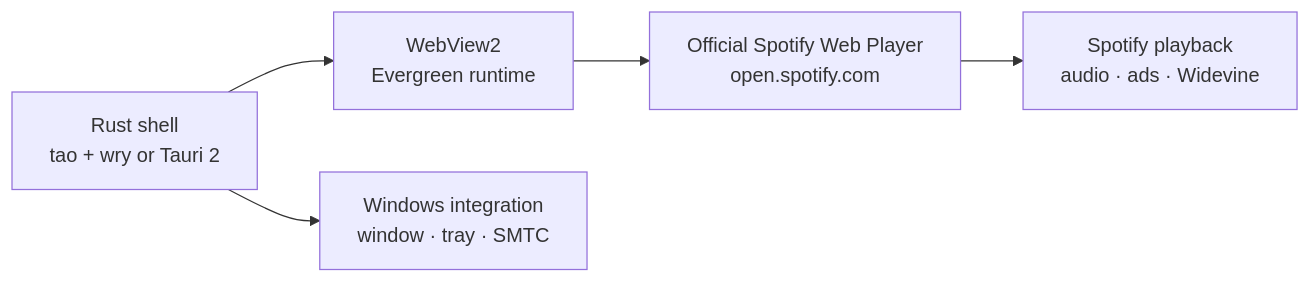
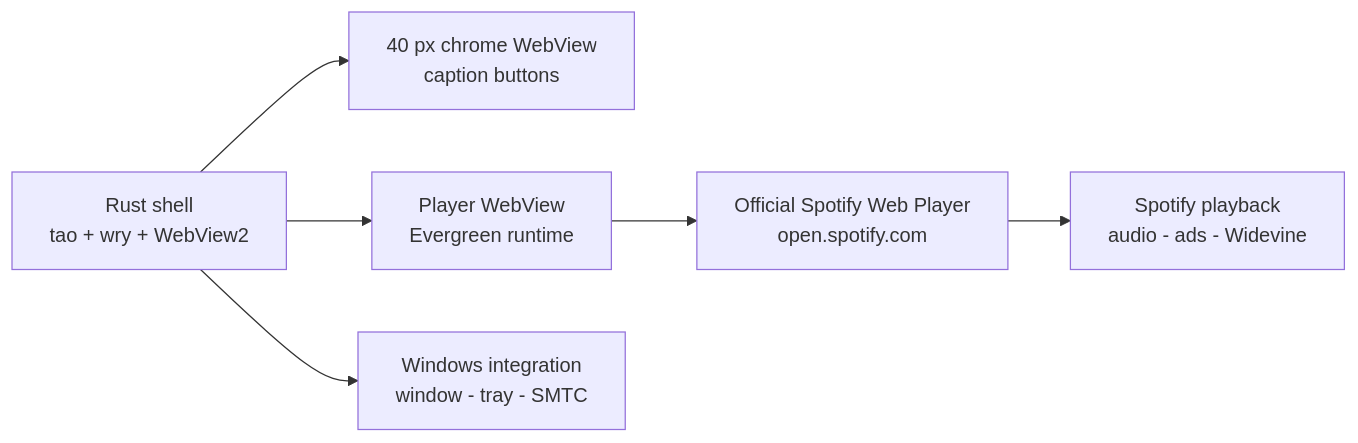
Before and after one commit to new-Sinote/Rustify: the diagram in README.md, drawn with Mermaid. The commit also changed other lines of this file and 19 other files, not shown here.

First line of the commit message:
Ship wry low-memory shell, installer, and 0.2.0 certification

````diff
--- a/README.md
+++ b/README.md
@@ -74,13 +72,15 @@
 ```mermaid
 flowchart LR
-    shell["Rust shell<br/>tao + wry or Tauri 2"]
-    webview["WebView2<br/>Evergreen runtime"]
+    shell["Rust shell<br/>tao + wry + WebView2"]
+    bar["40 px chrome WebView<br/>caption buttons"]
+    webview["Player WebView<br/>Evergreen runtime"]
     page["Official Spotify Web Player<br/>open.spotify.com"]
-    media["Spotify playback<br/>audio · ads · Widevine"]
-    windows["Windows integration<br/>window · tray · SMTC"]
+    media["Spotify playback<br/>audio - ads - Widevine"]
+    windows["Windows integration<br/>window - tray - SMTC"]
 
+    shell --> bar
     shell --> webview
     webview --> page
     page --> media
     shell --> windows
 ```
````
